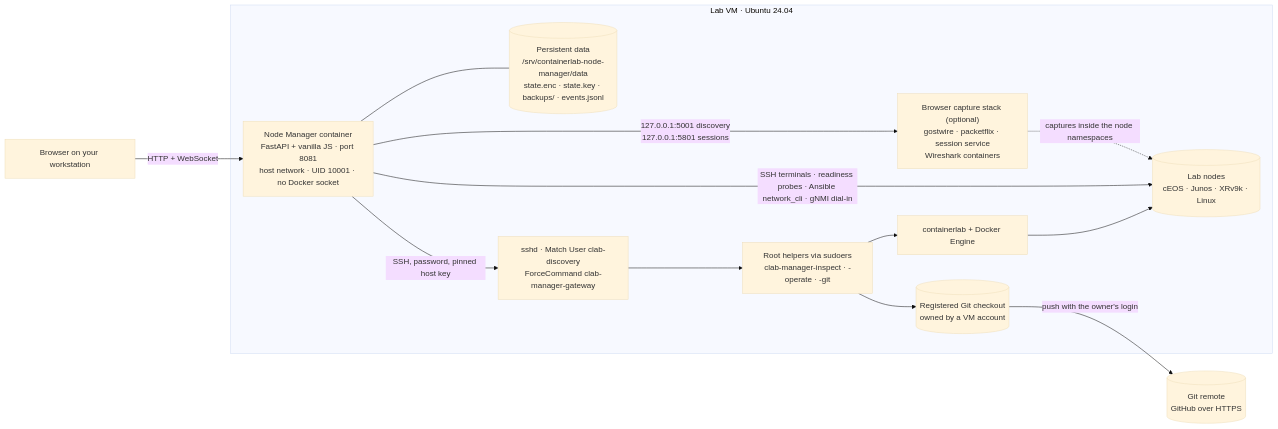
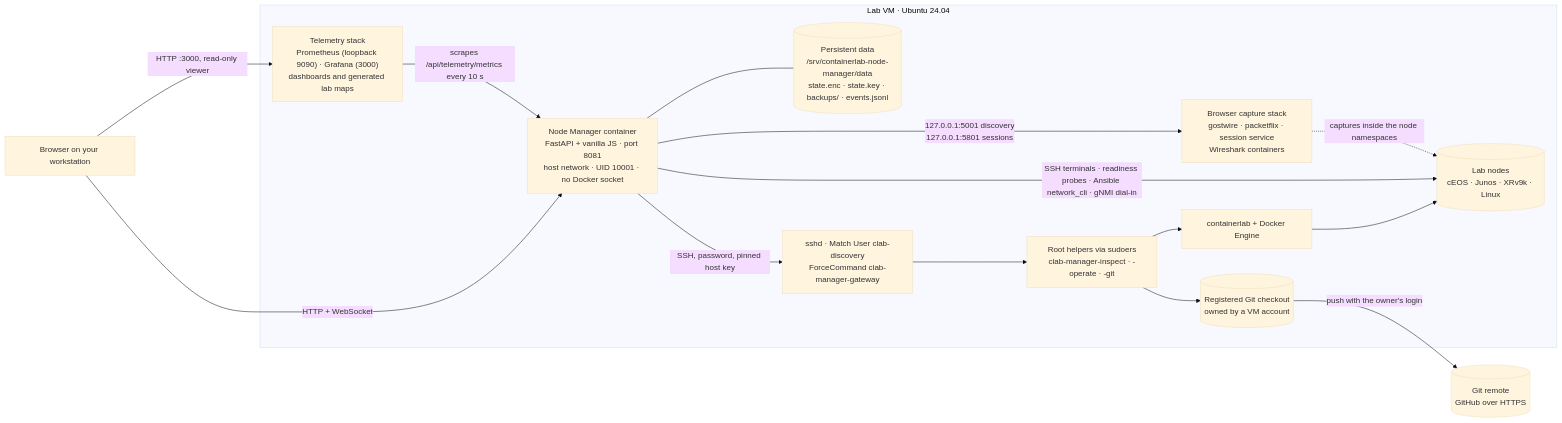
One commit to ArchRuger/CLAB-BACKUP-WORKER-v2 changed the first of 5 diagrams in docs/ARCHITECTURE.md. Above: the diagram before and after it, drawn with Mermaid (base theme). The commit also changed other lines of this file and 71 other files, not shown here.

First line of the commit message:
Audit the guides and the installer, move telemetry to Grafana; release 1.25.0

````diff
--- a/docs/ARCHITECTURE.md
+++ b/docs/ARCHITECTURE.md
@@ -10,23 +11,26 @@
 ```mermaid
 flowchart LR
     B["Browser on your workstation"]
     subgraph VM["Lab VM · Ubuntu 24.04"]
         M["Node Manager container<br/>FastAPI + vanilla JS · port 8081<br/>host network · UID 10001 · no Docker socket"]
         D[("Persistent data<br/>/srv/containerlab-node-manager/data<br/>state.enc · state.key · backups/ · events.jsonl")]
         G["sshd · Match User clab-discovery<br/>ForceCommand clab-manager-gateway"]
         H["Root helpers via sudoers<br/>clab-manager-inspect · -operate · -git"]
         C["containerlab + Docker Engine"]
         N[("Lab nodes<br/>cEOS · Junos · XRv9k · Linux")]
-        W["Browser capture stack (optional)<br/>gostwire · packetflix · session service<br/>Wireshark containers"]
+        W["Browser capture stack<br/>gostwire · packetflix · session service<br/>Wireshark containers"]
+        T["Telemetry stack<br/>Prometheus (loopback 9090) · Grafana (3000)<br/>dashboards and generated lab maps"]
         K[("Registered Git checkout<br/>owned by a VM account")]
     end
     R[("Git remote<br/>GitHub over HTTPS")]
     B -- "HTTP + WebSocket" --> M
+    B -- "HTTP :3000, read-only viewer" --> T
+    T -- "scrapes /api/telemetry/metrics every 10 s" --> M
     M --- D
     M -- "SSH, password, pinned host key" --> G --> H
     H --> C --> N
     H --> K -- "push with the owner's login" --> R
     M -- "SSH terminals · readiness probes · Ansible network_cli · gNMI dial-in" --> N
     M -- "127.0.0.1:5001 discovery<br/>127.0.0.1:5801 sessions" --> W
     W -. "captures inside the node namespaces" .-> N
 ```
````
